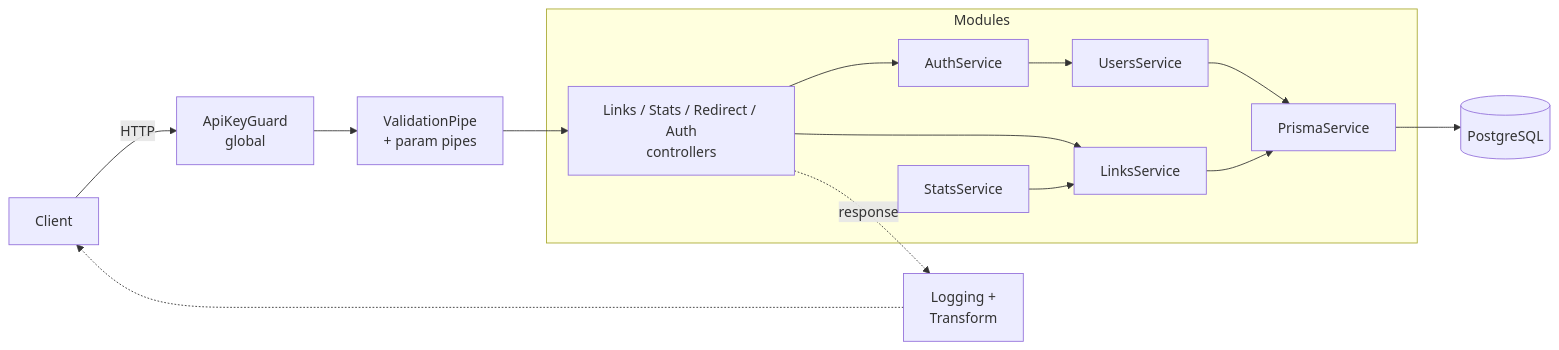
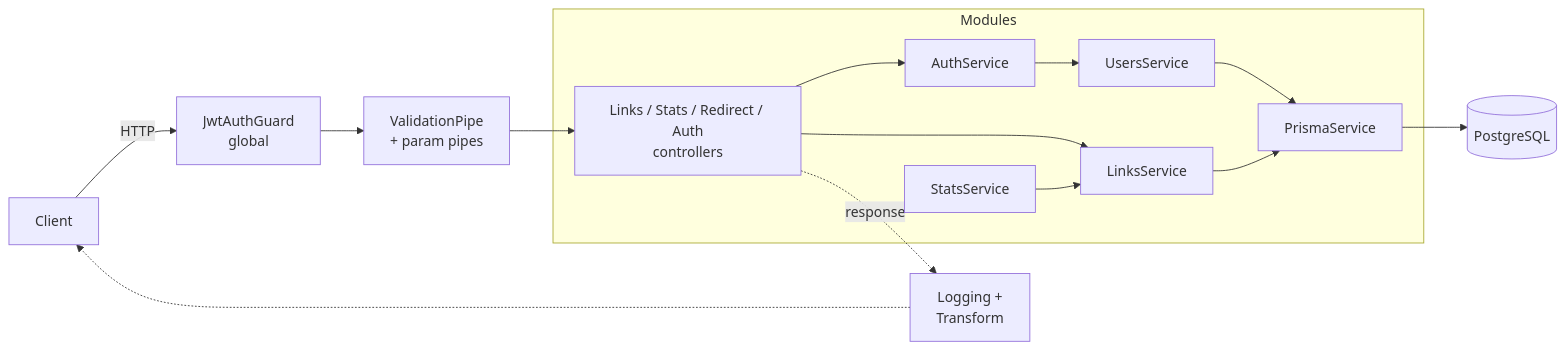
The first of 2 diagrams in README.md (huseyincansoylu/shortlink-api), drawn with Mermaid before and after one commit. The commit also changed other lines of this file and 16 other files, not shown here.

First line of the commit message:
feat(auth): protect routes with a global JWT guard

````diff
--- a/README.md
+++ b/README.md
@@ -22,15 +22,15 @@
 ```mermaid
 flowchart LR
-    Client -->|HTTP| Guard[ApiKeyGuard<br/>global]
+    Client -->|HTTP| Guard[JwtAuthGuard<br/>global]
     Guard --> Pipes[ValidationPipe<br/>+ param pipes]
     Pipes --> Controllers
     subgraph Modules
         Controllers[Links / Stats / Redirect / Auth<br/>controllers] --> LinksService
         Controllers --> AuthService --> UsersService --> PrismaService
         StatsService --> LinksService
         LinksService --> PrismaService
     end
     PrismaService --> DB[(PostgreSQL)]
     Controllers -.->|response| Interceptors[Logging +<br/>Transform]
     Interceptors -.-> Client
 ```
````
